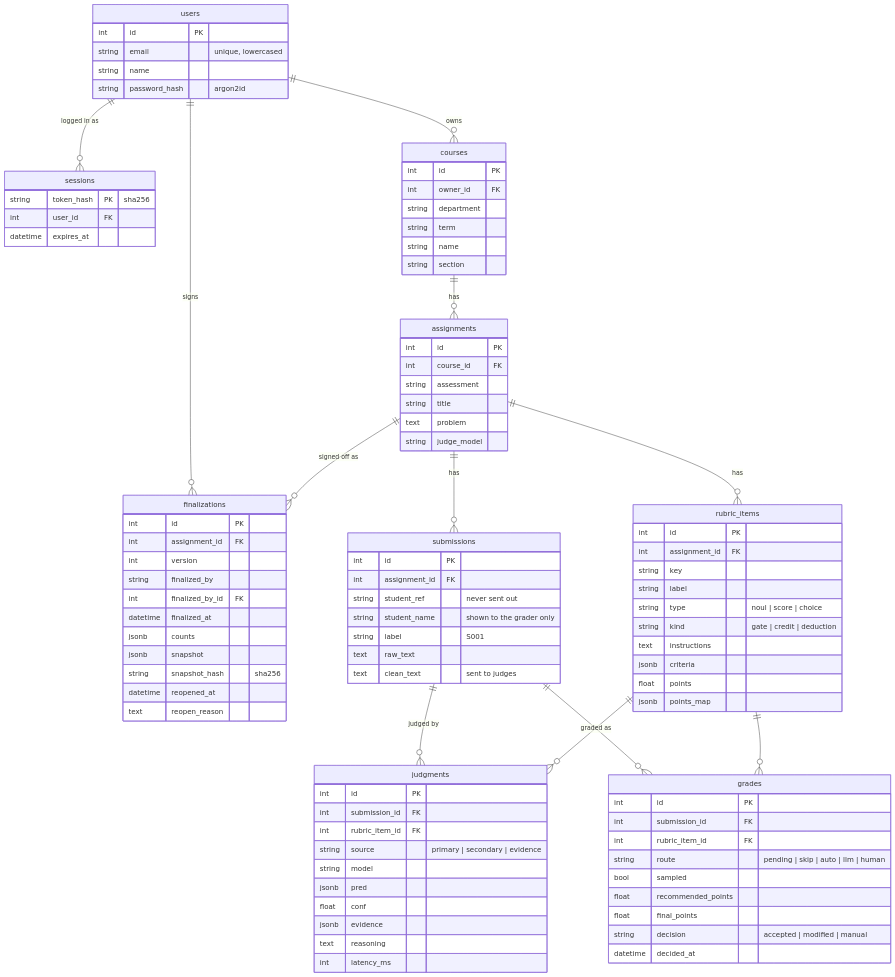
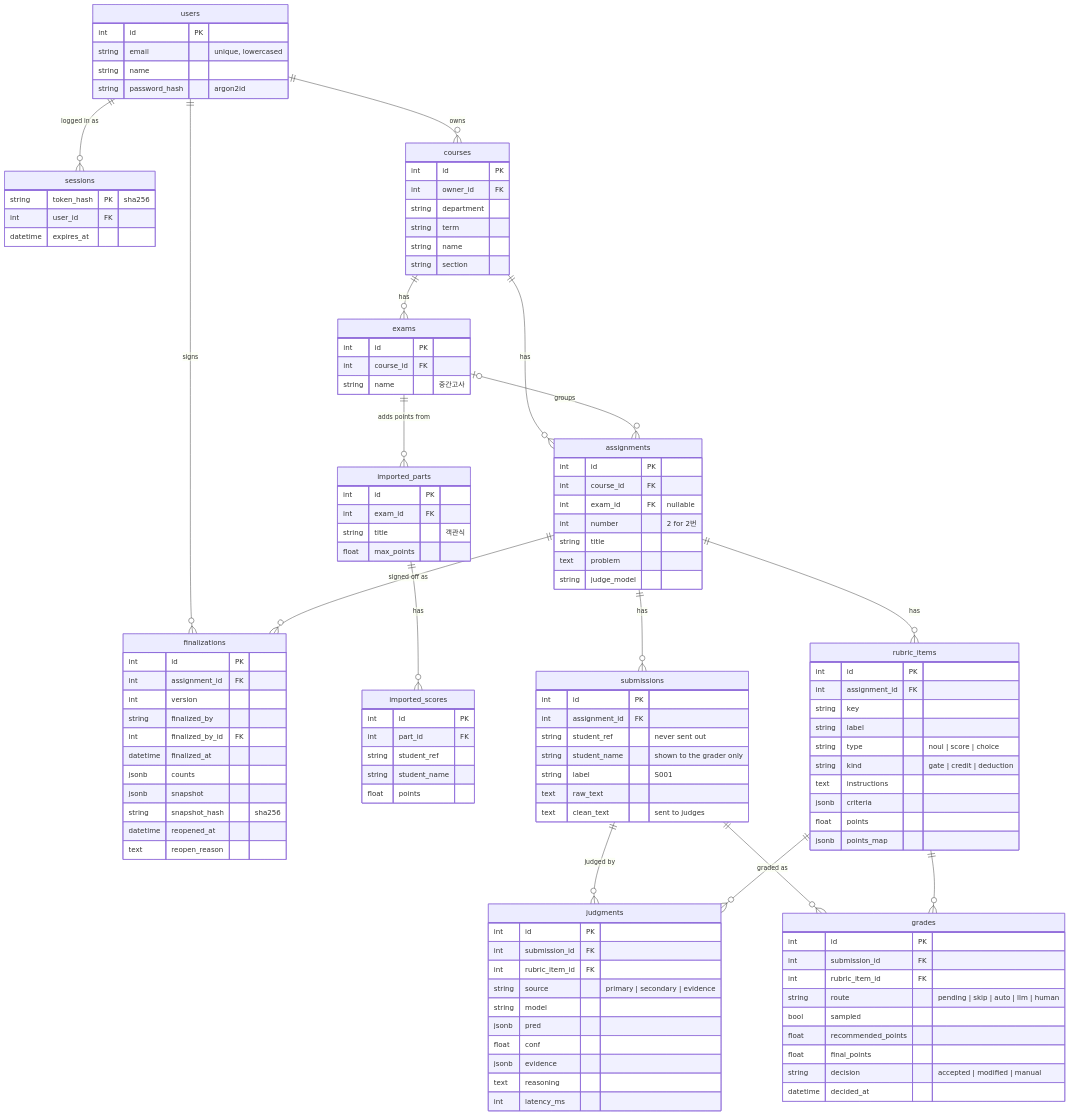
One commit to GrntKim/FastABC changed the diagram in docs/development.md. Above: the diagram before and after it, drawn with Mermaid. The commit also changed other lines of this file and 25 other files, not shown here.

Commit message:
feat: group questions into exams with per-student results and imported multiple-choice points

```diff
--- a/docs/development.md
+++ b/docs/development.md
@@ -53,7 +53,11 @@
     users ||--o{ sessions : "logged in as"
     users ||--o{ courses : owns
     users ||--o{ finalizations : signs
+    courses ||--o{ exams : has
     courses ||--o{ assignments : has
+    exams |o--o{ assignments : groups
+    exams ||--o{ imported_parts : "adds points from"
+    imported_parts ||--o{ imported_scores : has
     assignments ||--o{ rubric_items : has
     assignments ||--o{ submissions : has
     assignments ||--o{ finalizations : "signed off as"
@@ -81,10 +85,29 @@
         string name
         string section
     }
+    exams {
+        int id PK
+        int course_id FK
+        string name "중간고사"
+    }
+    imported_parts {
+        int id PK
+        int exam_id FK
+        string title "객관식"
+        float max_points
+    }
+    imported_scores {
+        int id PK
+        int part_id FK
+        string student_ref
+        string student_name
+        float points
+    }
     assignments {
         int id PK
         int course_id FK
-        string assessment
+        int exam_id FK "nullable"
+        int number "2 for 2번"
         string title
         text problem
         string judge_model
```
